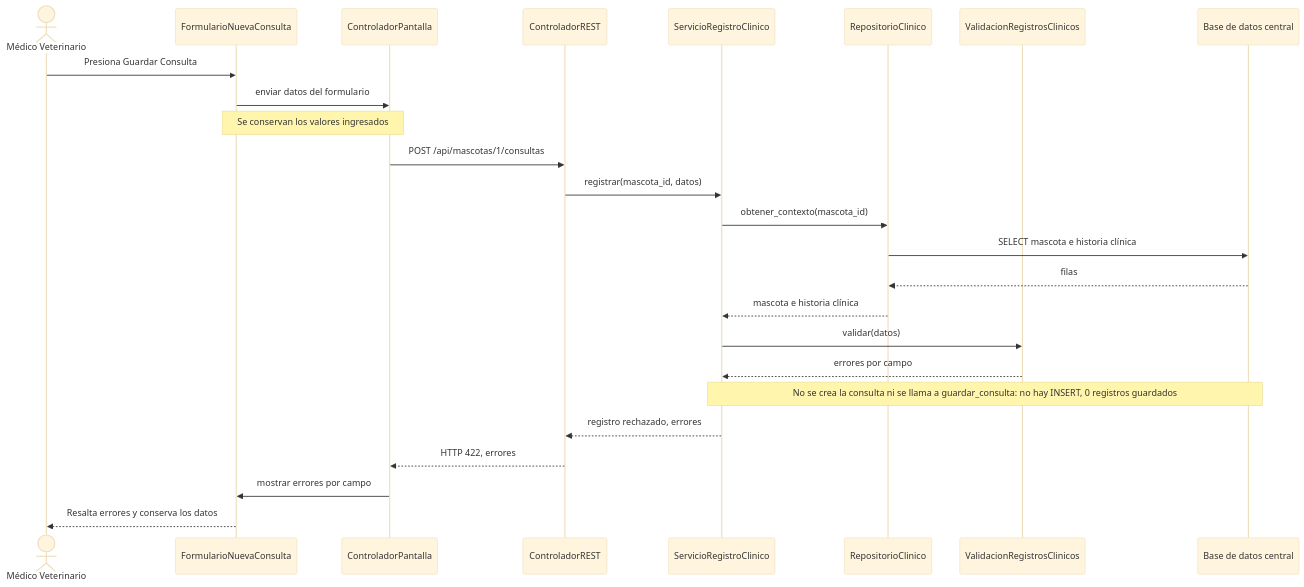
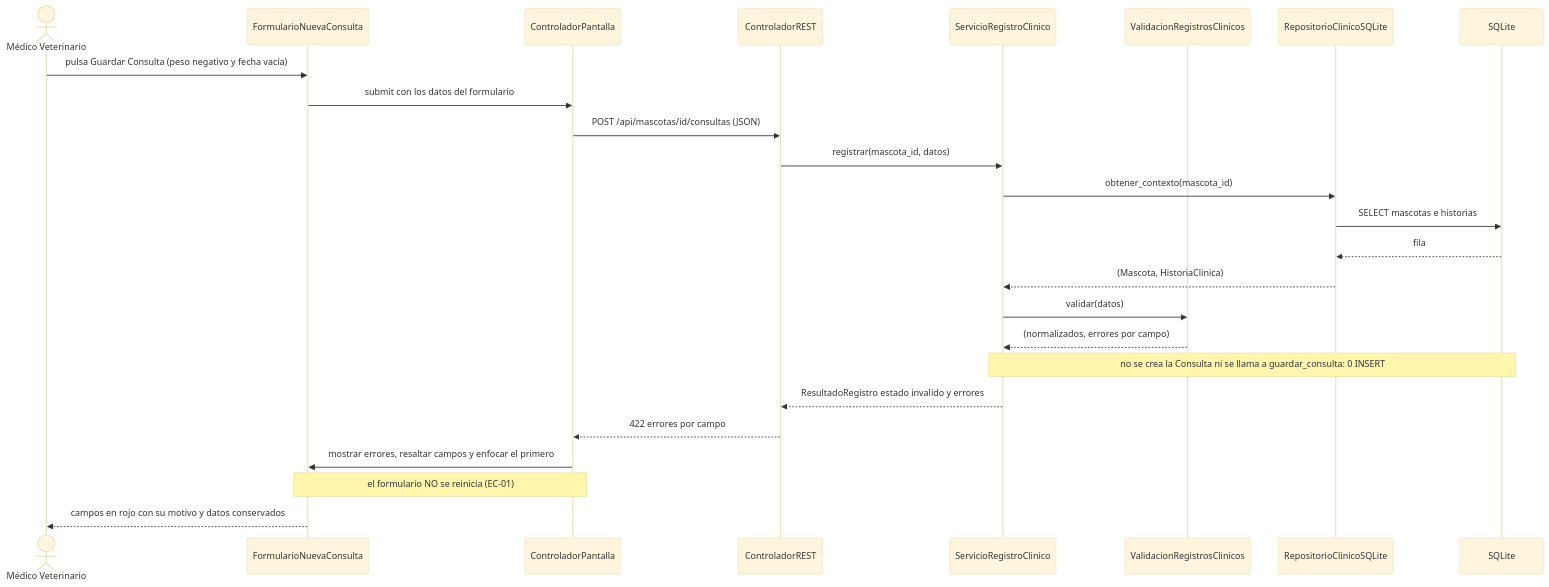
One commit to DinoMondino/sistema-gestion-veterinaria-2026 changed the third of 5 diagrams in docs/design/diseno-detallado.md. Above: the diagram before and after it, drawn with Mermaid (base theme). The commit also changed other lines of this file and 16 other files, not shown here.

````diff
--- a/docs/design/diseno-detallado.md
+++ b/docs/design/diseno-detallado.md
@@ -208,31 +237,28 @@
 ```mermaid
 sequenceDiagram
     actor Vet as Médico Veterinario
     participant UI as FormularioNuevaConsulta
     participant CP as ControladorPantalla
     participant REST as ControladorREST
-    participant SRC as ServicioRegistroClinico
-    participant RC as RepositorioClinico
+    participant SRV as ServicioRegistroClinico
     participant VAL as ValidacionRegistrosClinicos
-    participant BD as Base de datos central
+    participant REPO as RepositorioClinicoSQLite
+    participant DB as SQLite
 
-    Vet->>UI: Presiona Guardar Consulta
-    UI->>CP: enviar datos del formulario
-    Note over UI,CP: Se conservan los valores ingresados
-    CP->>REST: POST /api/mascotas/1/consultas
-
-    REST->>SRC: registrar(mascota_id, datos)
-    SRC->>RC: obtener_contexto(mascota_id)
-    RC->>BD: SELECT mascota e historia clínica
-    BD-->>RC: filas
-    RC-->>SRC: mascota e historia clínica
-
-    SRC->>VAL: validar(datos)
-    VAL-->>SRC: errores por campo
-
-    Note over SRC,BD: No se crea la consulta ni se llama a guardar_consulta: no hay INSERT, 0 registros guardados
-    SRC-->>REST: registro rechazado, errores
-    REST-->>CP: HTTP 422, errores
-    CP->>UI: mostrar errores por campo
-    UI-->>Vet: Resalta errores y conserva los datos
+    Vet->>UI: pulsa Guardar Consulta (peso negativo y fecha vacía)
+    UI->>CP: submit con los datos del formulario
+    CP->>REST: POST /api/mascotas/id/consultas (JSON)
+    REST->>SRV: registrar(mascota_id, datos)
+    SRV->>REPO: obtener_contexto(mascota_id)
+    REPO->>DB: SELECT mascotas e historias
+    DB-->>REPO: fila
+    REPO-->>SRV: (Mascota, HistoriaClinica)
+    SRV->>VAL: validar(datos)
+    VAL-->>SRV: (normalizados, errores por campo)
+    Note over SRV,DB: no se crea la Consulta ni se llama a guardar_consulta: 0 INSERT
+    SRV-->>REST: ResultadoRegistro estado invalido y errores
+    REST-->>CP: 422 errores por campo
+    CP->>UI: mostrar errores, resaltar campos y enfocar el primero
+    Note over UI,CP: el formulario NO se reinicia (EC-01)
+    UI-->>Vet: campos en rojo con su motivo y datos conservados
 ```
````
